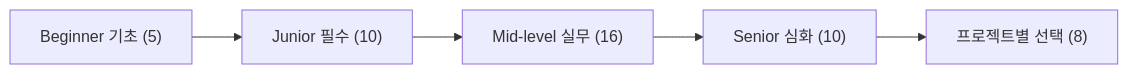
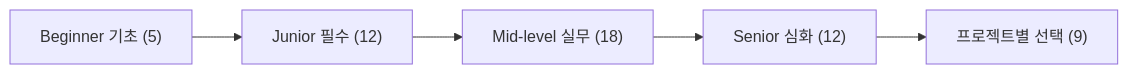
Before and after one commit to Hoyuo/flutter-study: the first of 5 diagrams in CURRICULUM.md, drawn with Mermaid. The commit also changed other lines of this file and 22 other files, not shown here.

````diff
--- a/CURRICULUM.md
+++ b/CURRICULUM.md
@@ -21,7 +21,7 @@
 ```mermaid
 flowchart LR
-    A["Beginner 기초 (5)"] --> B["Junior 필수 (10)"]
-    B --> C["Mid-level 실무 (16)"]
-    C --> D["Senior 심화 (10)"]
-    D --> E["프로젝트별 선택 (8)"]
+    A["Beginner 기초 (5)"] --> B["Junior 필수 (12)"]
+    B --> C["Mid-level 실무 (18)"]
+    C --> D["Senior 심화 (12)"]
+    D --> E["프로젝트별 선택 (9)"]
 ```
````
